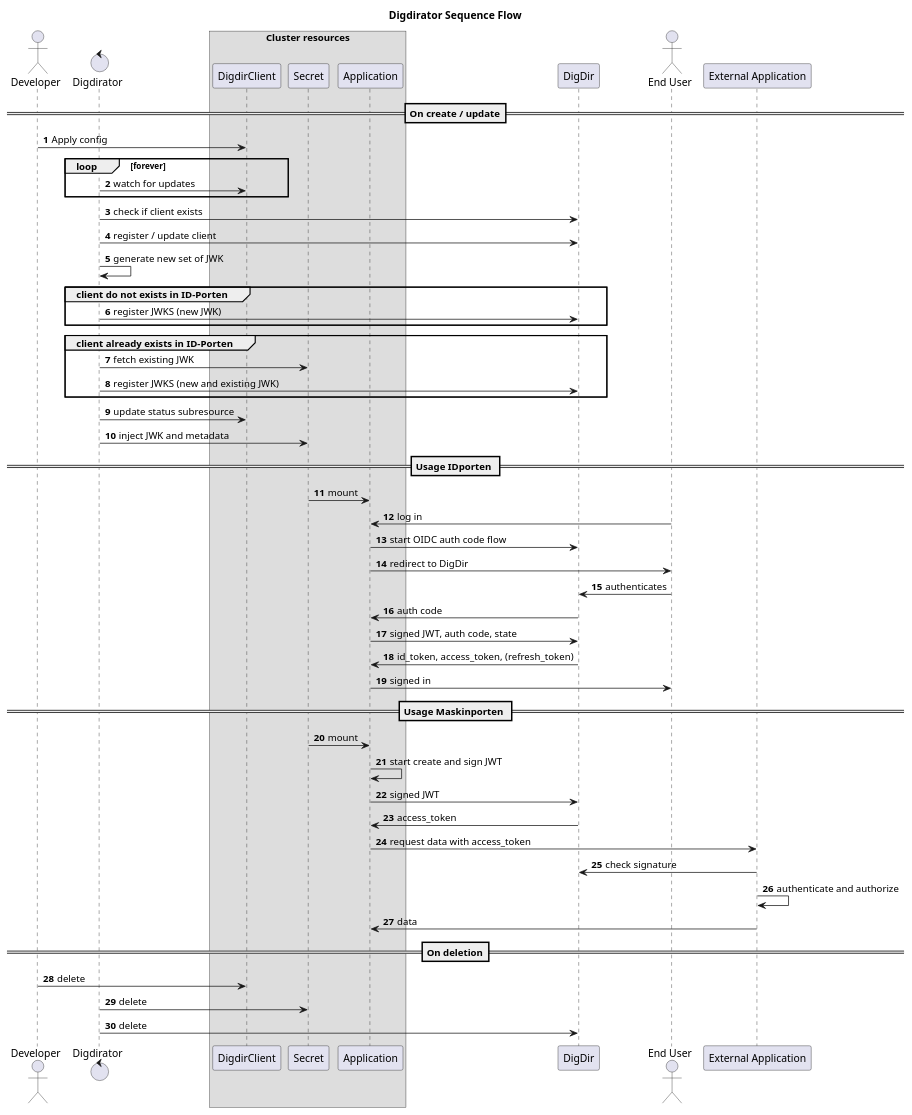
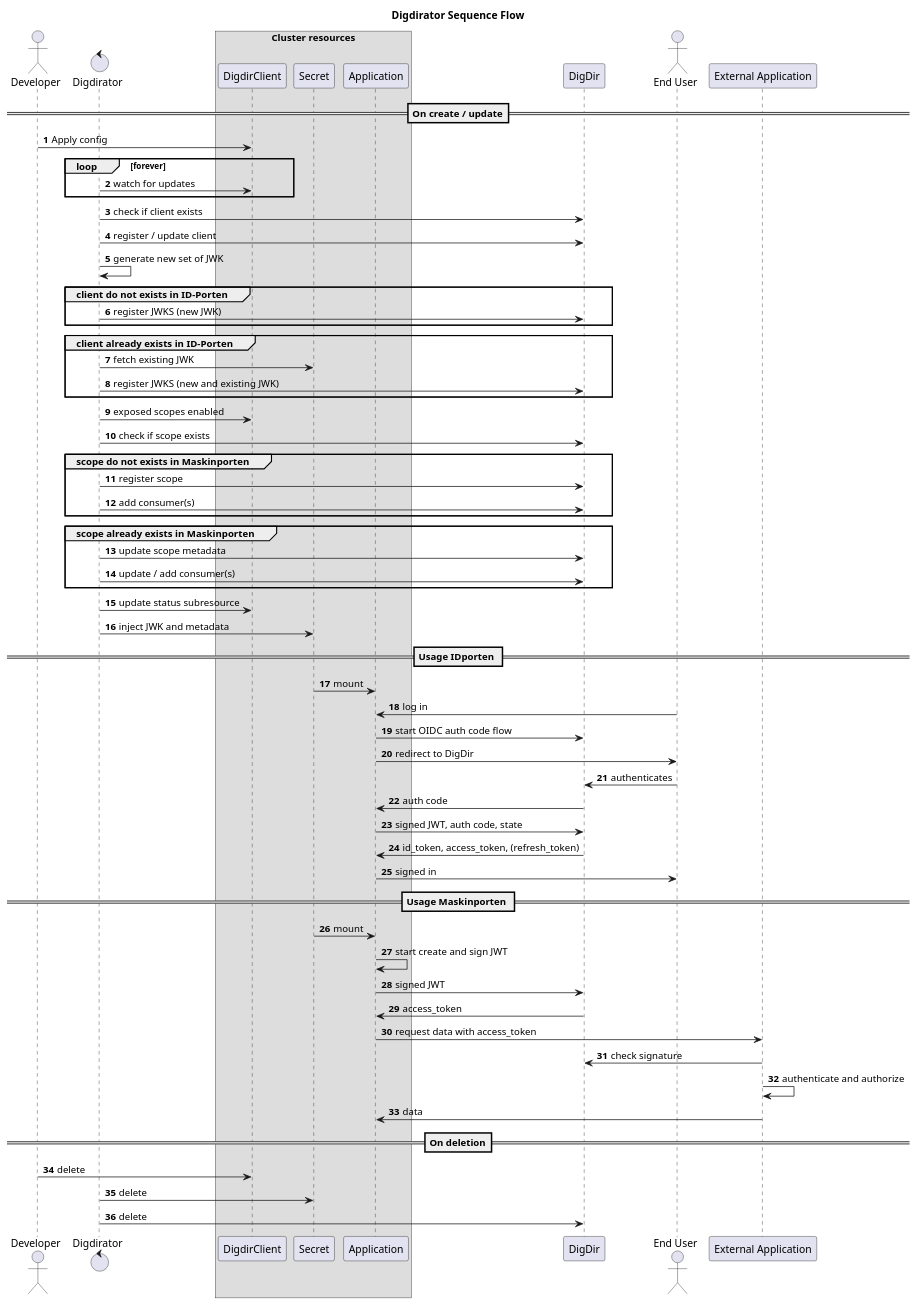
Before and after one commit to nais/digdirator: the diagram in docs/sequence.puml, drawn with PlantUML. The commit also changed 1 other file, not shown here.

```diff
--- a/docs/sequence.puml
+++ b/docs/sequence.puml
@@ -1,70 +1,83 @@
 @startuml component
 title Digdirator Sequence Flow
 skinparam maxMessageSize 300
 autonumber
 
 actor developer as "Developer"
 control digdirator as "Digdirator"
 
 box "Cluster resources"
 participant DigdirClient
 participant Secret
 participant Application
 end box
 
 participant digdir as "DigDir"
 actor enduser as "End User"
 participant External as "External Application"
 
 ==On create / update==
 developer -> DigdirClient: Apply config
 
 loop forever
 	digdirator -> DigdirClient: watch for updates
 end
 
 digdirator -> digdir: check if client exists
 digdirator -> digdir: register / update client
 digdirator -> digdirator: generate new set of JWK
 
 group client do not exists in ID-Porten
 digdirator -> digdir: register JWKS (new JWK)
 end
 
 group client already exists in ID-Porten
     digdirator -> Secret: fetch existing JWK
     digdirator -> digdir: register JWKS (new and existing JWK)
 end
 
+digdirator -> DigdirClient: exposed scopes enabled
+digdirator -> digdir: check if scope exists
+
+group scope do not exists in Maskinporten
+digdirator -> digdir: register scope
+digdirator -> digdir: add consumer(s)
+end
+
+group scope already exists in Maskinporten
+    digdirator -> digdir: update scope metadata
+    digdirator -> digdir: update / add consumer(s)
+end
+
 digdirator -> DigdirClient: update status subresource
 digdirator -> Secret: inject JWK and metadata
 
 == Usage IDporten ==
 
 Secret -> Application: mount
 enduser -> Application: log in
 Application -> digdir: start OIDC auth code flow
 Application -> enduser: redirect to DigDir
 enduser -> digdir: authenticates
 digdir -> Application: auth code
 Application -> digdir: signed JWT, auth code, state
 digdir -> Application: id_token, access_token, (refresh_token)
 Application -> enduser: signed in
 
 == Usage Maskinporten ==
 
 Secret -> Application: mount
 Application -> Application: start create and sign JWT
 Application -> digdir: signed JWT
 digdir -> Application: access_token
 Application -> External: request data with access_token
 External -> digdir: check signature
 External -> External: authenticate and authorize
 External -> Application: data
 
 ==On deletion==
     developer -> DigdirClient: delete
     digdirator -> Secret: delete
     digdirator -> digdir: delete
 
 @enduml
```
